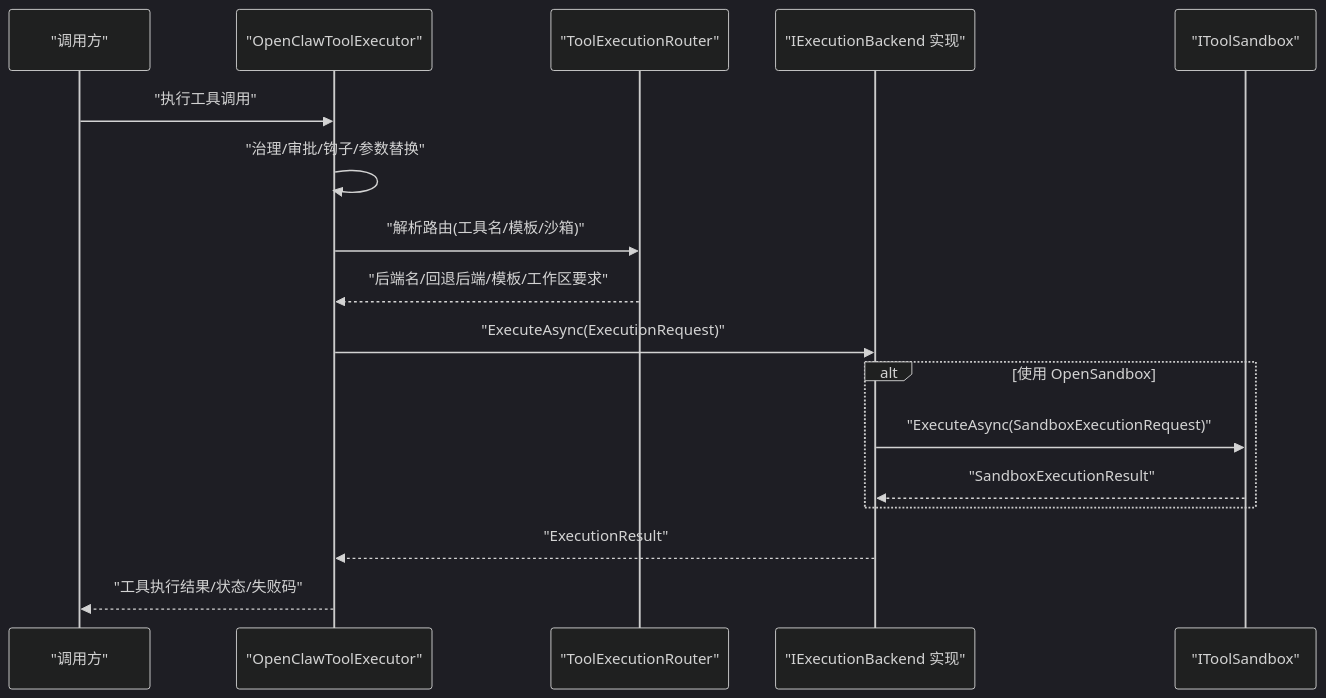
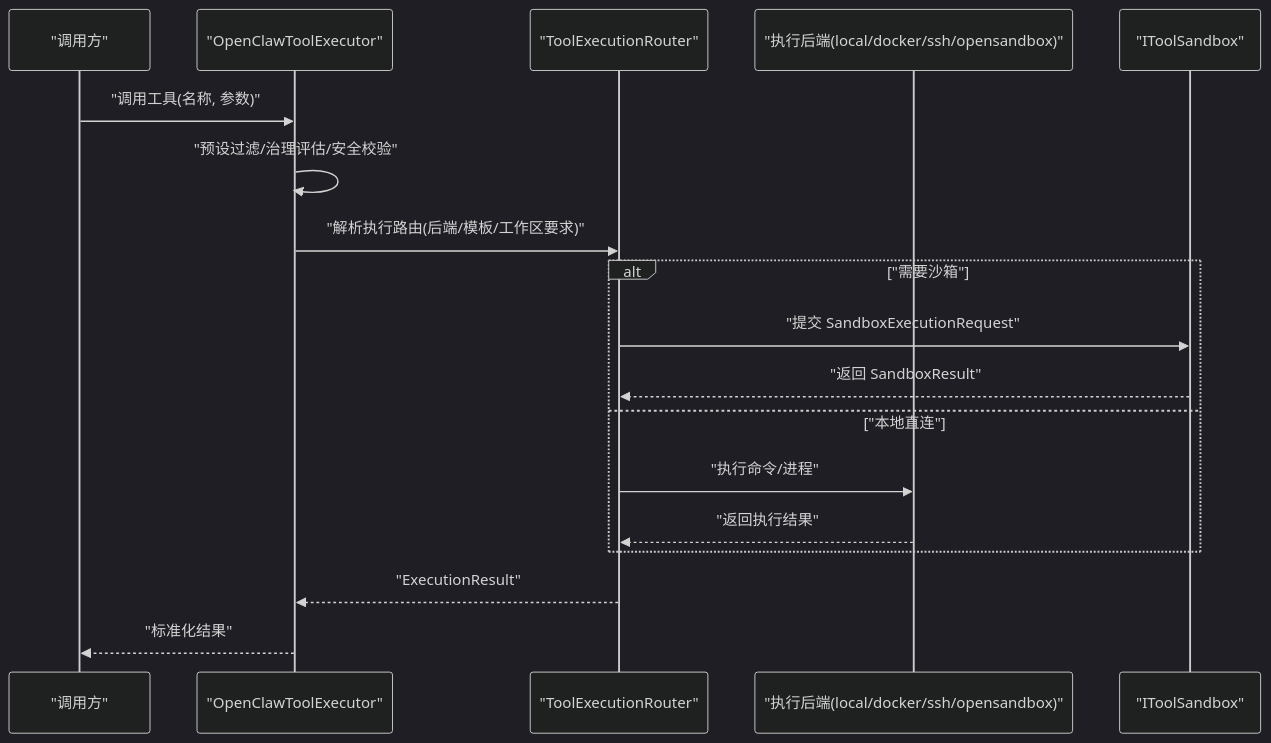
One commit to wayyet/kingcrab changed the second of 8 diagrams in .qoder/repowiki/zh/content/工具系统/工具系统.md. Above: the diagram before and after it, drawn with Mermaid (dark theme). The commit also changed other lines of this file and 431 other files, not shown here.

````diff
--- a/.qoder/repowiki/zh/content/工具系统/工具系统.md
+++ b/.qoder/repowiki/zh/content/工具系统/工具系统.md
@@ -120,19 +145,20 @@
 ```mermaid
 sequenceDiagram
 participant Caller as "调用方"
 participant Executor as "OpenClawToolExecutor"
 participant Router as "ToolExecutionRouter"
-participant Backend as "IExecutionBackend 实现"
+participant Backend as "执行后端(local/docker/ssh/opensandbox)"
 participant Sandbox as "IToolSandbox"
-Caller->>Executor : "执行工具调用"
-Executor->>Executor : "治理/审批/钩子/参数替换"
-Executor->>Router : "解析路由(工具名/模板/沙箱)"
-Router-->>Executor : "后端名/回退后端/模板/工作区要求"
-Executor->>Backend : "ExecuteAsync(ExecutionRequest)"
-alt 使用 OpenSandbox
-Backend->>Sandbox : "ExecuteAsync(SandboxExecutionRequest)"
-Sandbox-->>Backend : "SandboxExecutionResult"
+Caller->>Executor : "调用工具(名称, 参数)"
+Executor->>Executor : "预设过滤/治理评估/安全校验"
+Executor->>Router : "解析执行路由(后端/模板/工作区要求)"
+alt "需要沙箱"
+Router->>Sandbox : "提交 SandboxExecutionRequest"
+Sandbox-->>Router : "返回 SandboxResult"
+else "本地直连"
+Router->>Backend : "执行命令/进程"
+Backend-->>Router : "返回执行结果"
 end
-Backend-->>Executor : "ExecutionResult"
-Executor-->>Caller : "工具执行结果/状态/失败码"
+Router-->>Executor : "ExecutionResult"
+Executor-->>Caller : "标准化结果"
 ```
````
